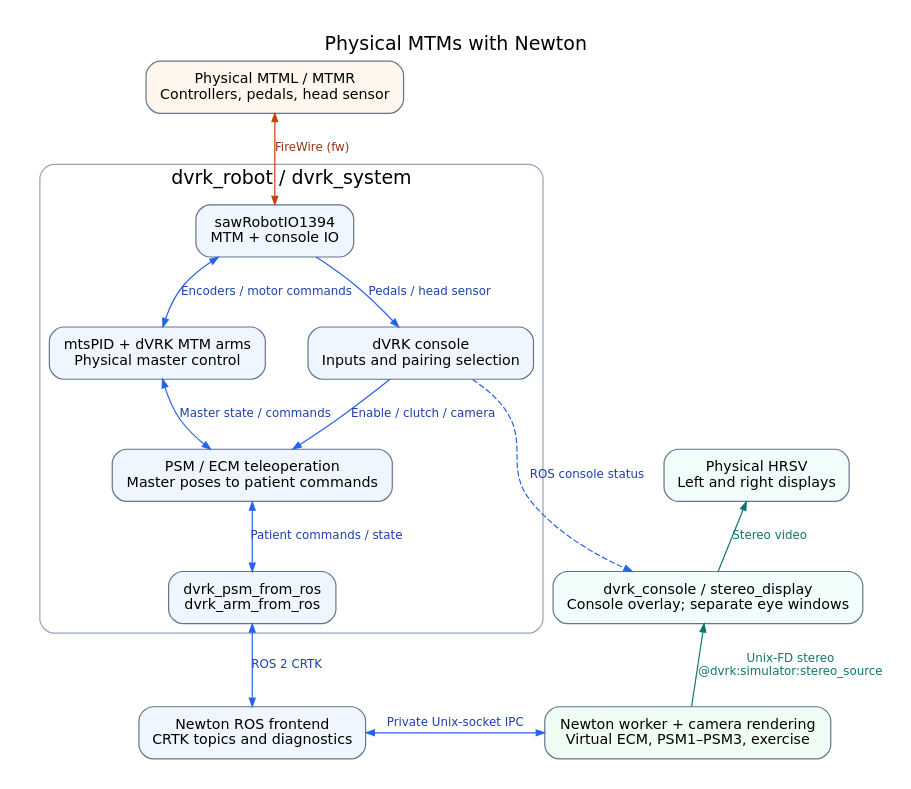
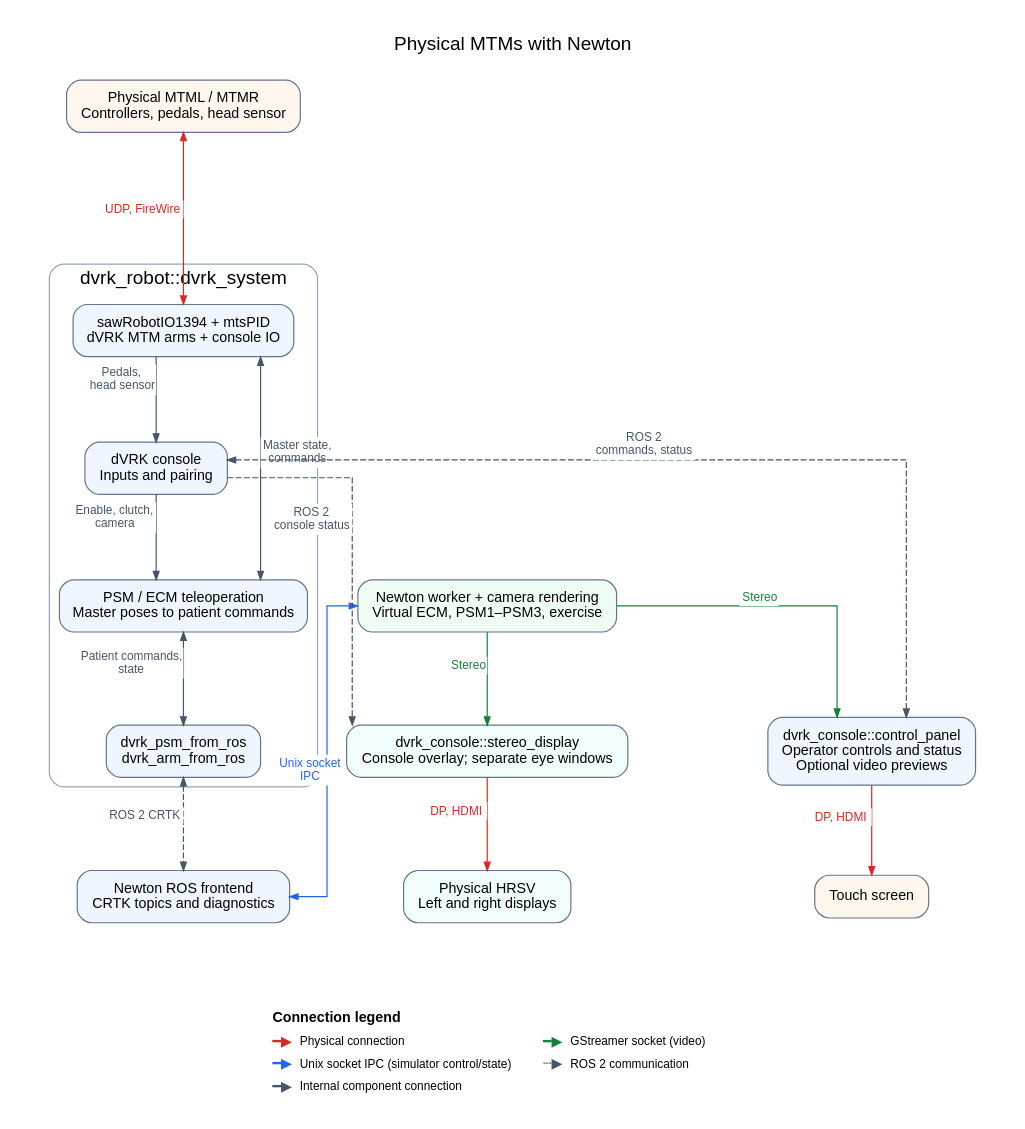
Before and after one commit to jhu-dvrk/dvrk-readthedocs: the diagram in docs/images/usage/mtms-newton.dot, drawn with Graphviz. The commit also changed 9 other files, not shown here.

Commit message:
updated graphs

```diff
--- a/docs/images/usage/mtms-newton.dot
+++ b/docs/images/usage/mtms-newton.dot
@@ -1,36 +1,70 @@
 digraph mtms_newton {
-  graph [rankdir=TB, newrank=true, bgcolor="white", pad=0.25, nodesep=0.5, ranksep=0.65,
-         fontname="DejaVu Sans", fontsize=16, label="Physical MTMs with Newton", labelloc=t];
+  graph [rankdir=TB, splines=ortho, newrank=true, bgcolor="white", pad=0.25, nodesep=0.4, ranksep=1.0,
+         fontname="Arial,Helvetica,sans-serif", fontsize=16, label="Physical MTMs with Newton", labelloc=t];
   node [shape=box, style="rounded,filled", fillcolor="#eff6ff", color="#64748b",
-        fontname="DejaVu Sans", fontsize=12, margin="0.16,0.12"];
-  edge [color="#2563eb", fontcolor="#1e40af", fontname="DejaVu Sans", fontsize=10, arrowsize=0.7];
+        fontname="Arial,Helvetica,sans-serif", fontsize=12, margin="0.16,0.12"];
+  edge [style=solid, color="#475569", fontcolor="#475569", fontname="Arial,Helvetica,sans-serif", fontsize=10, arrowsize=0.7];
 
-  hardware [label="Physical MTML / MTMR\nControllers, pedals, head sensor", fillcolor="#fff7ed"];
-  subgraph cluster_system {
-    label="dvrk_robot / dvrk_system"; color="#94a3b8"; style=rounded;
-    io [label="sawRobotIO1394\nMTM + console IO"];
-    mtm [label="mtsPID + dVRK MTM arms\nPhysical master control"];
-    console [label="dVRK console\nInputs and pairing selection"];
-    teleop [label="PSM / ECM teleoperation\nMaster poses to patient commands"];
-    adapters [label="dvrk_psm_from_ros\ndvrk_arm_from_ros"];
-    io -> mtm [dir=both, label="Encoders / motor commands"];
-    io -> console [label="Pedals / head sensor"];
-    mtm -> teleop [dir=both, label="Master state / commands"];
-    console -> teleop [label="Enable / clutch / camera"];
-    teleop -> adapters [dir=both, label="Patient commands / state"];
-    {rank=same; mtm; console;}
+  // Keep the three columns ordered; cross-column links never set ranks.
+  subgraph cluster_control {
+    label=""; style=invis;
+    hardware [label="Physical MTML / MTMR\nControllers, pedals, head sensor", fillcolor="#fff7ed", group="control"];
+    frontend [label="Newton ROS frontend\nCRTK topics and diagnostics", group="control"];
+    subgraph cluster_system {
+      label="dvrk_robot::dvrk_system"; color="#94a3b8"; style=rounded;
+      arms [label="sawRobotIO1394 + mtsPID\ndVRK MTM arms + console IO", group="control"];
+      console [label="dVRK console\nInputs and pairing", group="control"];
+      teleop [label="PSM / ECM teleoperation\nMaster poses to patient commands", group="control"];
+      adapters [label="dvrk_psm_from_ros\ndvrk_arm_from_ros", group="control"];
+      arms -> console [xlabel=<<TABLE BORDER="0" CELLBORDER="0" CELLSPACING="0" CELLPADDING="2" BGCOLOR="white"><TR><TD>Pedals,<BR/>head sensor</TD></TR></TABLE>>];
+      arms -> teleop [dir=both, xlabel=<<TABLE BORDER="0" CELLBORDER="0" CELLSPACING="0" CELLPADDING="2" BGCOLOR="white"><TR><TD>Master state,<BR/>commands</TD></TR></TABLE>>];
+      console -> teleop [xlabel=<<TABLE BORDER="0" CELLBORDER="0" CELLSPACING="0" CELLPADDING="2" BGCOLOR="white"><TR><TD>Enable, clutch,<BR/>camera</TD></TR></TABLE>>];
+      teleop -> adapters [dir=both, xlabel=<<TABLE BORDER="0" CELLBORDER="0" CELLSPACING="0" CELLPADDING="2" BGCOLOR="white"><TR><TD>Patient commands,<BR/>state</TD></TR></TABLE>>];
+    }
   }
-  frontend [label="Newton ROS frontend\nCRTK topics and diagnostics"];
-  worker [label="Newton worker + camera rendering\nVirtual ECM, PSM1–PSM3, exercise", fillcolor="#f0fdf4"];
-  display [label="dvrk_console / stereo_display\nConsole overlay; separate eye windows", fillcolor="#f0fdfa"];
-  viewer [label="Physical HRSV\nLeft and right displays", fillcolor="#f0fdfa"];
-  hardware -> io [dir=both, label="FireWire (fw)", color="#c2410c", fontcolor="#9a3412"];
-  adapters -> frontend [dir=both, label="ROS 2 CRTK"];
-  frontend -> worker [dir=both, label="Private Unix-socket IPC"];
-  worker -> display [label="Unix-FD stereo\n@dvrk:simulator:stereo_source", color="#0f766e", fontcolor="#0f766e", constraint=false];
-  console -> display [label="ROS console status", style=dashed, constraint=false];
-  display -> viewer [label="Stereo video", color="#0f766e", fontcolor="#0f766e", constraint=false];
-  {rank=same; teleop; viewer;}
-  {rank=same; adapters; display;}
-  {rank=same; frontend; worker;}
+  subgraph cluster_video {
+    label=""; style=invis;
+    worker [label="Newton worker + camera rendering\nVirtual ECM, PSM1–PSM3, exercise", fillcolor="#f0fdf4", group="video"];
+    display [label="dvrk_console::stereo_display\nConsole overlay; separate eye windows", fillcolor="#f0fdfa", group="video"];
+    viewer [label="Physical HRSV\nLeft and right displays", fillcolor="#f0fdfa", group="video"];
+  }
+  subgraph cluster_panel {
+    label=""; style=invis;
+    control_panel [label="dvrk_console::control_panel\nOperator controls and status\nOptional video previews", group="panel"];
+    touchscreen [label="Touch screen", fillcolor="#fff7ed", group="panel"];
+  }
+
+  hardware -> arms [dir=both, xlabel=<<TABLE BORDER="0" CELLBORDER="0" CELLSPACING="0" CELLPADDING="2" BGCOLOR="white"><TR><TD>UDP, FireWire</TD></TR></TABLE>>, color="#dc2626", fontcolor="#dc2626", minlen=2];
+  adapters -> frontend [dir=both, xlabel=<<TABLE BORDER="0" CELLBORDER="0" CELLSPACING="0" CELLPADDING="2" BGCOLOR="white"><TR><TD>ROS 2 CRTK</TD></TR></TABLE>>, style=dashed];
+  frontend -> worker [dir=both, xlabel=<<TABLE BORDER="0" CELLBORDER="0" CELLSPACING="0" CELLPADDING="2" BGCOLOR="white"><TR><TD>Unix socket<BR/>IPC</TD></TR></TABLE>>, color="#2563eb", fontcolor="#2563eb", constraint=false];
+  worker -> display [xlabel=<<TABLE BORDER="0" CELLBORDER="0" CELLSPACING="0" CELLPADDING="2" BGCOLOR="white"><TR><TD>Stereo</TD></TR></TABLE>>, color="#15803d", fontcolor="#15803d"];
+  console -> display [xlabel=<<TABLE BORDER="0" CELLBORDER="0" CELLSPACING="0" CELLPADDING="2" BGCOLOR="white"><TR><TD>ROS 2<BR/>console status</TD></TR></TABLE>>, style=dashed, constraint=false];
+  display -> viewer [xlabel=<<TABLE BORDER="0" CELLBORDER="0" CELLSPACING="0" CELLPADDING="2" BGCOLOR="white"><TR><TD>DP, HDMI</TD></TR></TABLE>>, color="#dc2626", fontcolor="#dc2626"];
+  console -> control_panel [dir=both, xlabel=<<TABLE BORDER="0" CELLBORDER="0" CELLSPACING="0" CELLPADDING="2" BGCOLOR="white"><TR><TD>ROS 2<BR/>commands, status</TD></TR></TABLE>>, style=dashed, constraint=false];
+  worker -> control_panel [xlabel=<<TABLE BORDER="0" CELLBORDER="0" CELLSPACING="0" CELLPADDING="2" BGCOLOR="white"><TR><TD>Stereo</TD></TR></TABLE>>, color="#15803d", fontcolor="#15803d", constraint=false];
+  control_panel -> touchscreen [xlabel=<<TABLE BORDER="0" CELLBORDER="0" CELLSPACING="0" CELLPADDING="2" BGCOLOR="white"><TR><TD>DP, HDMI</TD></TR></TABLE>>, color="#dc2626", fontcolor="#dc2626"];
+
+
+  // Align the implicit columns at their bottom nodes.
+  {rank=same; frontend; viewer; touchscreen;}
+  column_order [shape=point, width=0, height=0, label="", style=invis, ordering=out];
+  column_order -> frontend [style=invis];
+  column_order -> viewer [style=invis];
+  column_order -> touchscreen [style=invis];
+
+  // Keep this legend consistent with readme-dot.md; include only types used above.
+  subgraph legend_rank {
+    rank=sink;
+    legend [shape=plain, style="", margin=0, label=<
+      <TABLE BORDER="0" CELLBORDER="0" CELLSPACING="0" CELLPADDING="3">
+        <TR><TD COLSPAN="5" ALIGN="LEFT"><B>Connection legend</B></TD></TR>
+        <TR><TD><FONT COLOR="#dc2626">━▶</FONT></TD><TD ALIGN="LEFT"><FONT POINT-SIZE="10">Physical connection</FONT></TD><TD WIDTH="20"></TD><TD><FONT COLOR="#15803d">━▶</FONT></TD><TD ALIGN="LEFT"><FONT POINT-SIZE="10">GStreamer socket (video)</FONT></TD></TR>
+        <TR><TD><FONT COLOR="#2563eb">━▶</FONT></TD><TD ALIGN="LEFT"><FONT POINT-SIZE="10">Unix socket IPC (simulator control/state)</FONT></TD><TD WIDTH="20"></TD><TD><FONT COLOR="#475569">┄▶</FONT></TD><TD ALIGN="LEFT"><FONT POINT-SIZE="10">ROS 2 communication</FONT></TD></TR>
+        <TR><TD><FONT COLOR="#475569">━▶</FONT></TD><TD ALIGN="LEFT"><FONT POINT-SIZE="10">Internal component connection</FONT></TD><TD WIDTH="20"></TD><TD COLSPAN="2"></TD></TR>
+      </TABLE>
+    >];
+  }
+  frontend -> legend [style=invis];
+  viewer -> legend [style=invis];
+  touchscreen -> legend [style=invis];
 }
```
